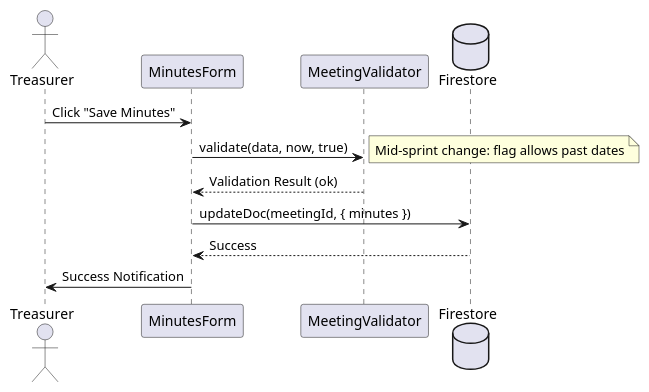
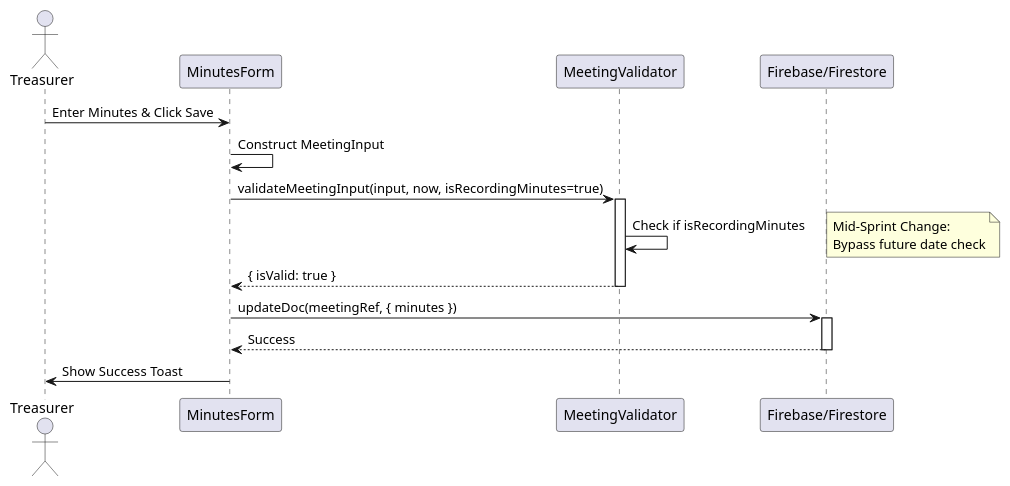
Before and after one commit to OliEveritt/Stokkings: the diagram in docs/architecture/3.4 · Record Meeting Minutes/process_view_3_4.puml, drawn with PlantUML. The commit also changed 20 other files, not shown here.

Commit message:
feat: implement meeting minutes with validated architecture and passing TDD

```diff
--- a/docs/architecture/3.4 · Record Meeting Minutes/process_view_3_4.puml
+++ b/docs/architecture/3.4 · Record Meeting Minutes/process_view_3_4.puml
@@ -1,14 +1,21 @@
-@startuml
+@startuml process_view_3_4
 actor Treasurer
 participant "MinutesForm" as UI
 participant "MeetingValidator" as Val
-database "Firestore" as DB
+participant "Firebase/Firestore" as DB
 
-Treasurer -> UI: Click "Save Minutes"
-UI -> Val: validate(data, now, true)
-note right: Mid-sprint change: flag allows past dates
-Val --> UI: Validation Result (ok)
-UI -> DB: updateDoc(meetingId, { minutes })
+Treasurer -> UI: Enter Minutes & Click Save
+UI -> UI: Construct MeetingInput
+UI -> Val: validateMeetingInput(input, now, isRecordingMinutes=true)
+activate Val
+Val -> Val: Check if isRecordingMinutes
+note right: Mid-Sprint Change:\nBypass future date check
+Val --> UI: { isValid: true }
+deactivate Val
+
+UI -> DB: updateDoc(meetingRef, { minutes })
+activate DB
 DB --> UI: Success
-UI -> Treasurer: Success Notification
-@endum
+deactivate DB
+UI -> Treasurer: Show Success Toast
+@enduml
```
